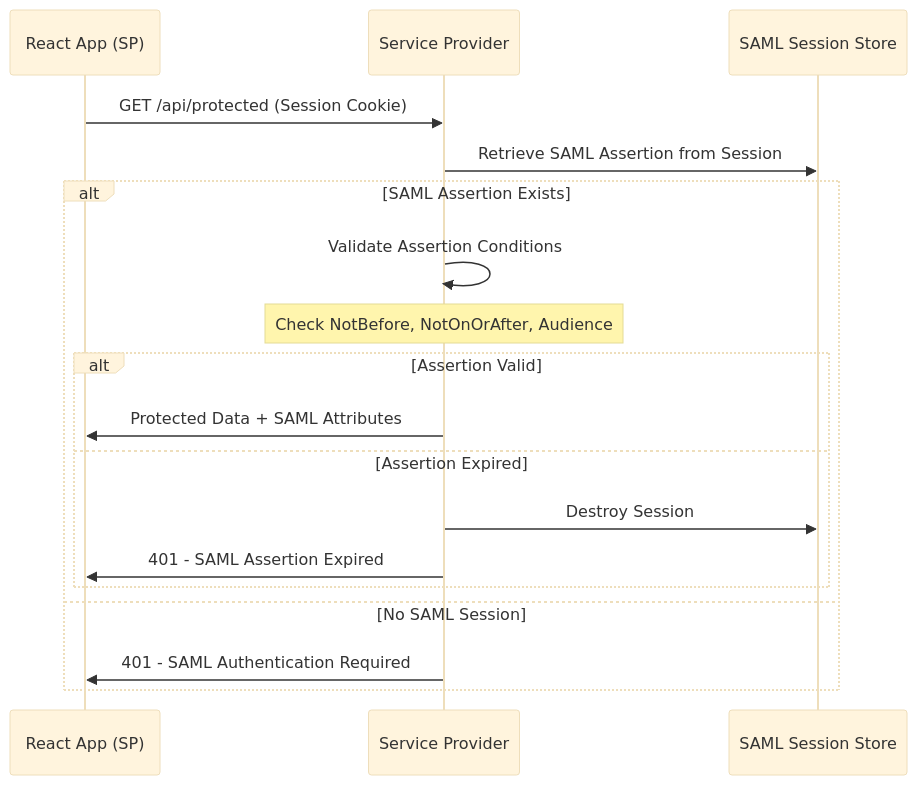
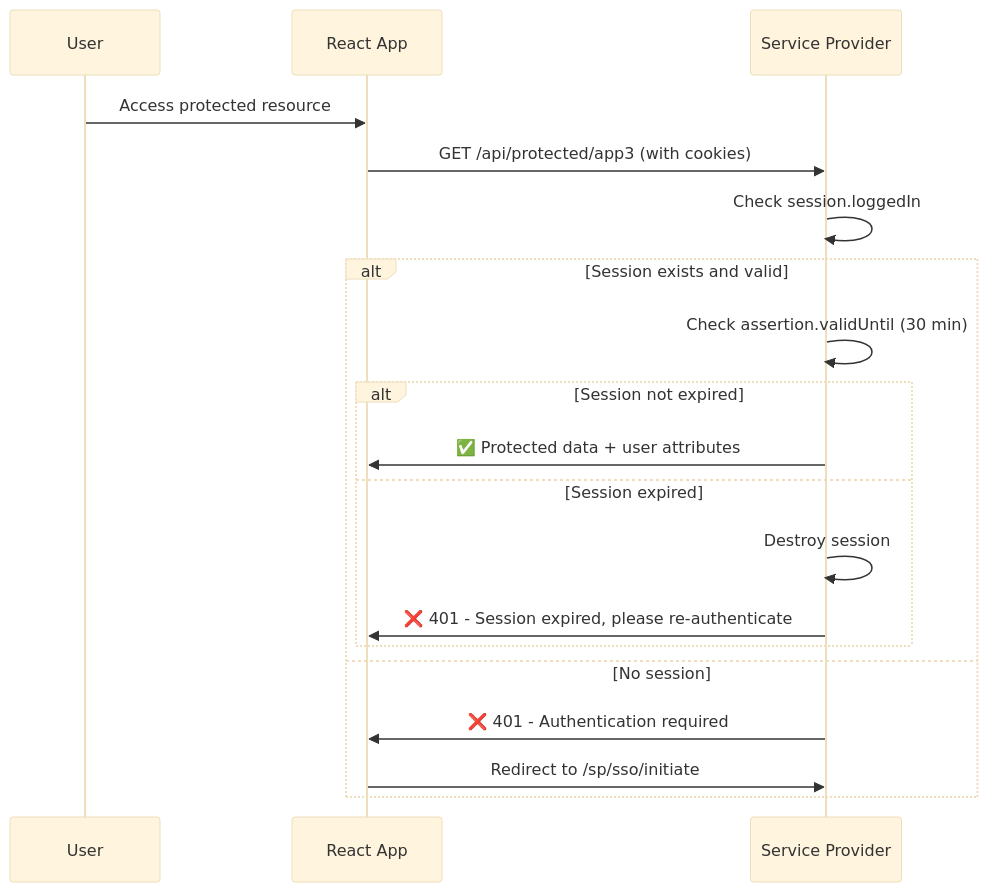
The eighth of 8 diagrams in readme.md (chungminhtu/oauth2-mini-demo), drawn with Mermaid (base theme) before and after one commit. The commit also changed other lines of this file, not shown here.

````diff
--- a/readme.md
+++ b/readme.md
@@ -183,21 +266,23 @@
 ```mermaid
 sequenceDiagram
-    participant ReactApp as React App (SP)
-    participant ServiceProvider as Service Provider
-    participant SAMLSession as SAML Session Store
-
-    ReactApp->>ServiceProvider: GET /api/protected (Session Cookie)
-    ServiceProvider->>SAMLSession: Retrieve SAML Assertion from Session
-    alt SAML Assertion Exists
-        ServiceProvider->>ServiceProvider: Validate Assertion Conditions
-        Note over ServiceProvider: Check NotBefore, NotOnOrAfter, Audience
-        alt Assertion Valid
-            ServiceProvider->>ReactApp: Protected Data + SAML Attributes
-        else Assertion Expired
-            ServiceProvider->>SAMLSession: Destroy Session
-            ServiceProvider->>ReactApp: 401 - SAML Assertion Expired
+    participant User
+    participant Frontend as React App
+    participant SP as Service Provider
+    
+    User->>Frontend: Access protected resource
+    Frontend->>SP: GET /api/protected/app3 (with cookies)
+    SP->>SP: Check session.loggedIn
+    
+    alt Session exists and valid
+        SP->>SP: Check assertion.validUntil (30 min)
+        alt Session not expired  
+            SP->>Frontend: ✅ Protected data + user attributes
+        else Session expired
+            SP->>SP: Destroy session
+            SP->>Frontend: ❌ 401 - Session expired, please re-authenticate
         end
-    else No SAML Session
-        ServiceProvider->>ReactApp: 401 - SAML Authentication Required
+    else No session
+        SP->>Frontend: ❌ 401 - Authentication required
+        Frontend->>SP: Redirect to /sp/sso/initiate
     end
 ```
````
